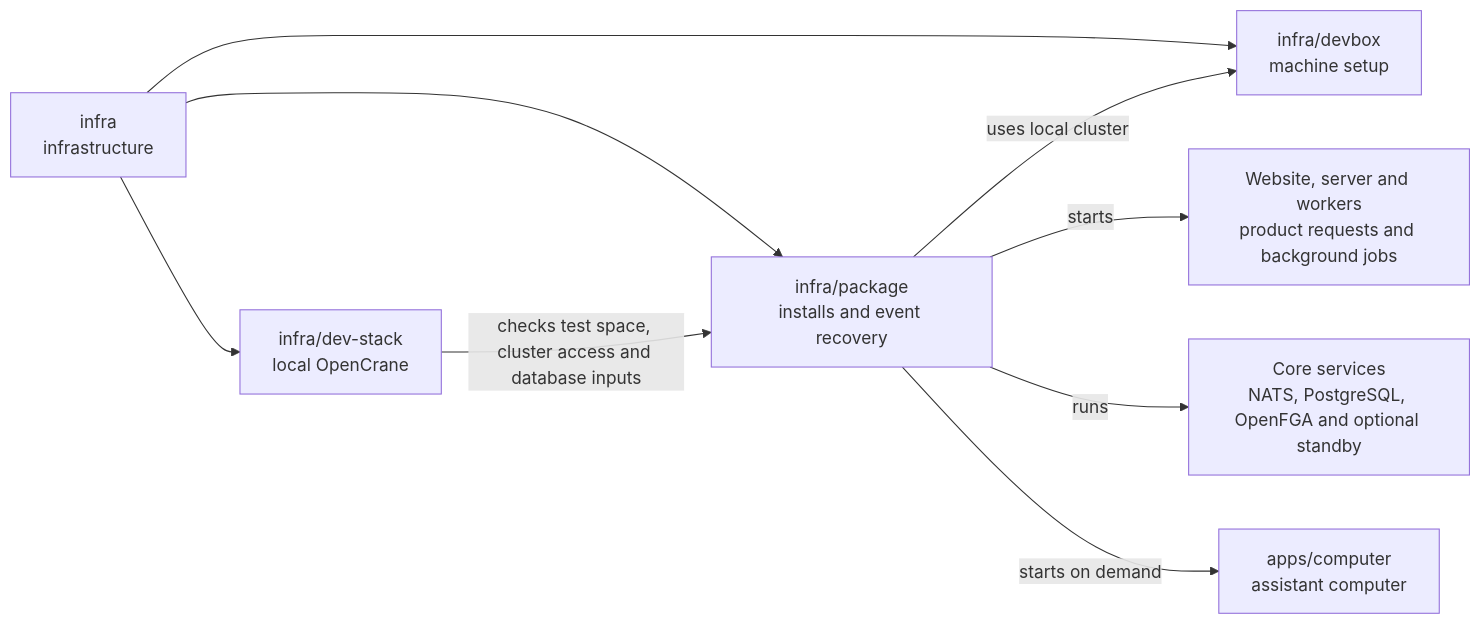
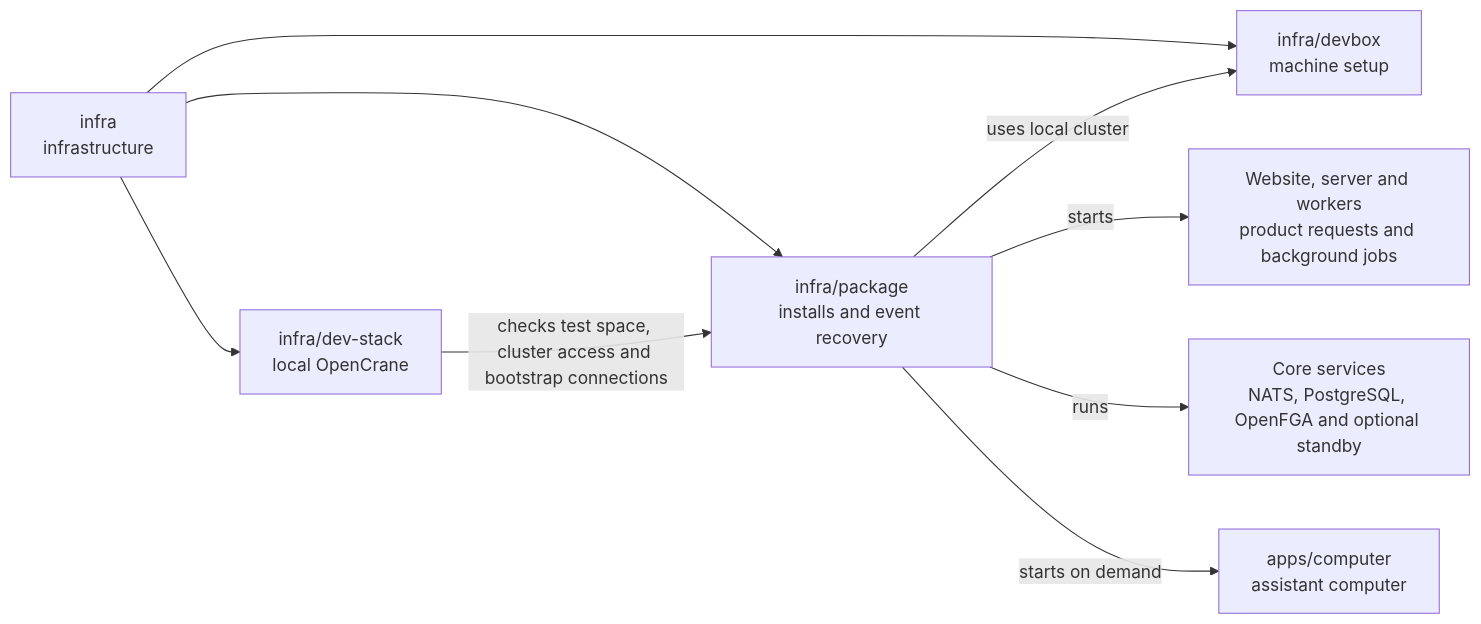
Before and after one commit to elewa-git/opencrane-new: the diagram in infra/package/README.md, drawn with Mermaid. The commit also changed other lines of this file and 6 other files, not shown here.

````diff
--- a/infra/package/README.md
+++ b/infra/package/README.md
@@ -19,11 +19,11 @@
 ```mermaid
 flowchart LR
   infra["infra<br/>infrastructure"] --> package["infra/package<br/>installs and event recovery"]
   infra --> stack["infra/dev-stack<br/>local OpenCrane"]
   infra --> devbox["infra/devbox<br/>machine setup"]
-  stack -->|checks test space, cluster access and database inputs| package
+  stack -->|checks test space, cluster access and bootstrap connections| package
   package -->|uses local cluster| devbox
   package -->|starts| apps["Website, server and workers<br/>product requests and background jobs"]
   package -->|runs| services["Core services<br/>NATS, PostgreSQL, OpenFGA and optional standby"]
   package -->|starts on demand| computer["apps/computer<br/>assistant computer"]
 ```
````
